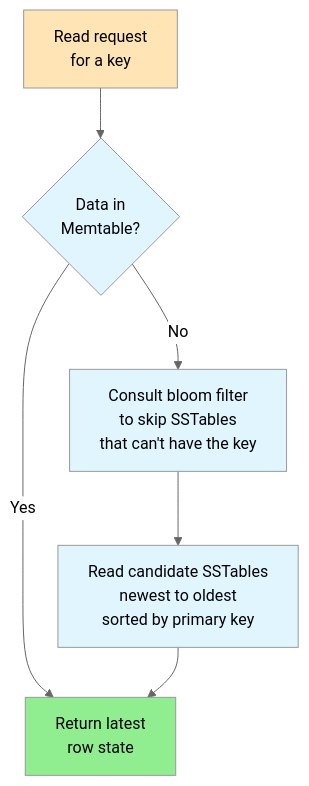
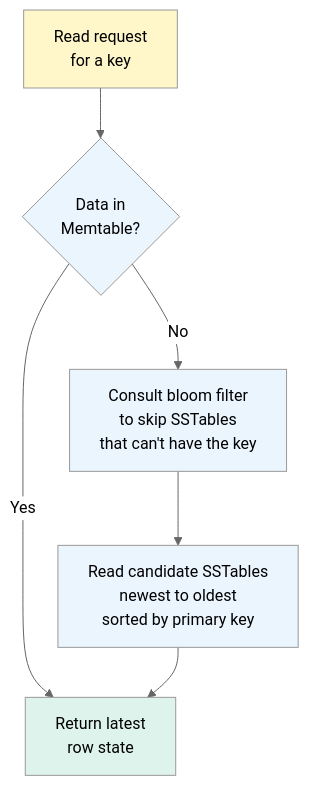
One commit to cartmancodes/InterviewVault changed the diagram in LLD/SystemDesign/DeepDives/Cassandra.md. Above: the diagram before and after it, drawn with Mermaid (neutral theme). The commit also changed other lines of this file and 679 other files, not shown here.

Commit message:
Unify content diagrams and add accessible visual walkthroughs

````diff
--- a/LLD/SystemDesign/DeepDives/Cassandra.md
+++ b/LLD/SystemDesign/DeepDives/Cassandra.md
@@ -205,14 +205,14 @@
 ```mermaid
 graph TB
     Q[Read request<br/>for a key] --> M{Data in<br/>Memtable?}
     M -->|Yes| R[Return latest<br/>row state]
     M -->|No| BF[Consult bloom filter<br/>to skip SSTables<br/>that can't have the key]
     BF --> S[Read candidate SSTables<br/>newest to oldest<br/>sorted by primary key]
     S --> R
 
-    style Q fill:#FFE4B5
-    style M fill:#e1f5ff
-    style BF fill:#e1f5ff
-    style S fill:#e1f5ff
-    style R fill:#90EE90
+    style Q fill:#FFF6C9
+    style M fill:#EAF5FD
+    style BF fill:#EAF5FD
+    style S fill:#EAF5FD
+    style R fill:#DDF3EC
 ```
````
